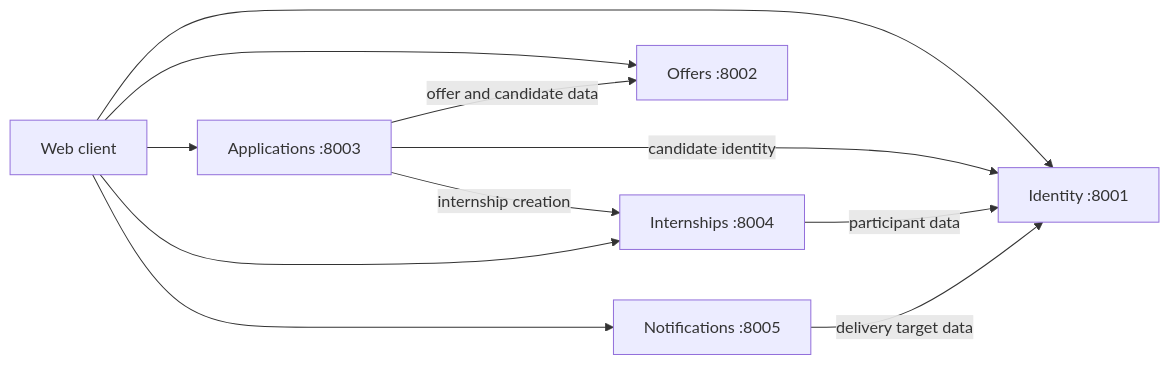
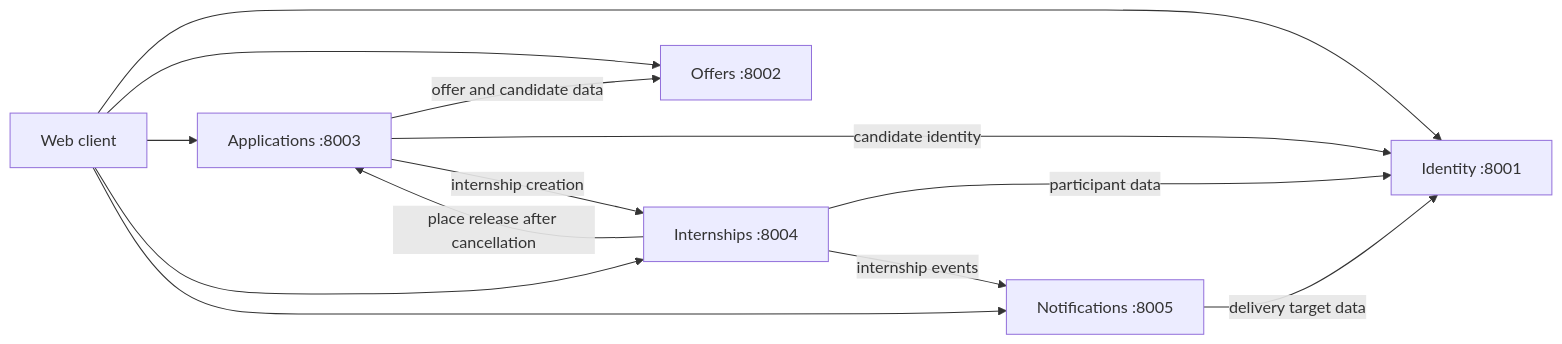
One commit to MhamedRayan/STAGELINK changed the diagram in docs/architecture.md. Above: the diagram before and after it, drawn with Mermaid. The commit also changed other lines of this file and 32 other files, not shown here.

First line of the commit message:
feat(internships): submissions, review, evaluation and place release (P1-2..P1-6)

````diff
--- a/docs/architecture.md
+++ b/docs/architecture.md
@@ -9,14 +9,16 @@
 ```mermaid
 flowchart LR
     Browser[Web client] --> Identity[Identity :8001]
     Browser --> Offers[Offers :8002]
     Browser --> Applications[Applications :8003]
     Browser --> Internships[Internships :8004]
     Browser --> Notifications[Notifications :8005]
 
     Applications -->|offer and candidate data| Offers
     Applications -->|candidate identity| Identity
     Applications -->|internship creation| Internships
     Internships -->|participant data| Identity
+    Internships -->|place release after cancellation| Applications
+    Internships -->|internship events| Notifications
     Notifications -->|delivery target data| Identity
 ```
````
